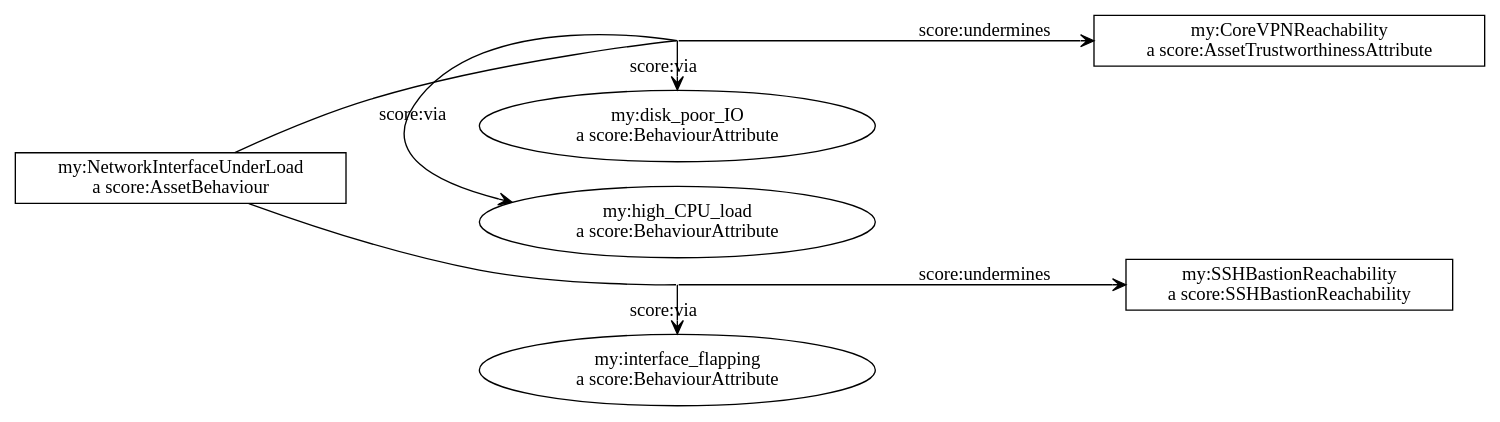
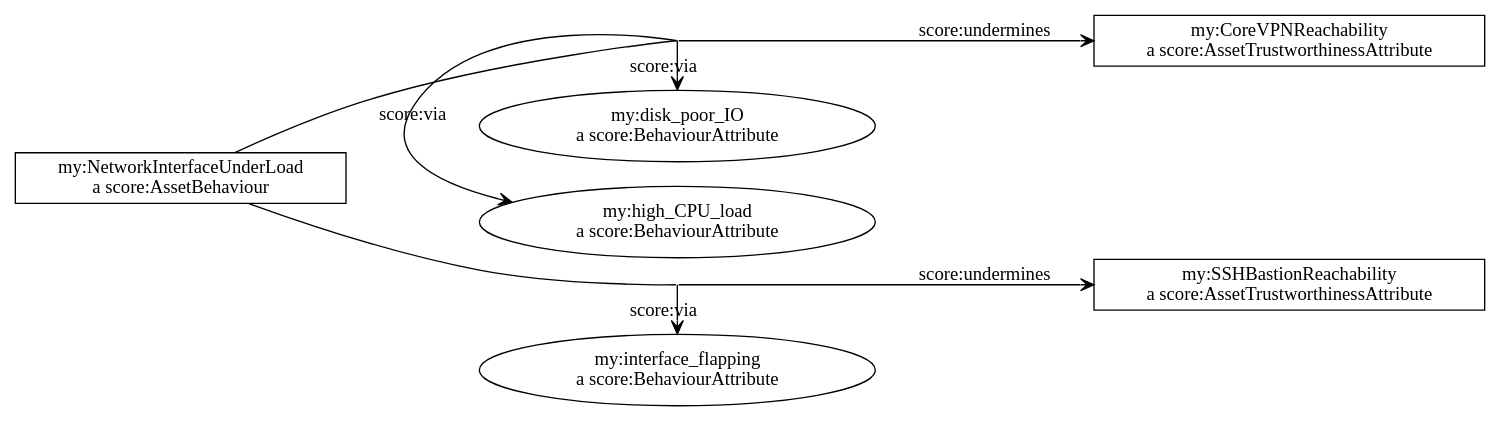
The diagram in ontology/attrs-2.gv (Spyderisk/ontopublish), drawn with Graphviz before and after one commit. The commit also changed 2 other files, not shown here.

Commit message:
Correct incorrect RDF type in second behaviour attributes diagram

```diff
--- a/ontology/attrs-2.gv
+++ b/ontology/attrs-2.gv
@@ -1,38 +1,38 @@
 digraph DemoBehaviours {
   rankdir="LR"
   node [shape=box]
   edge[arrowhead=open]
 
   // define nodes
   NetworkInterfaceUnderLoad [label="my:NetworkInterfaceUnderLoad\na score:AssetBehaviour"]
   CoreVPNReachability [label="my:CoreVPNReachability\na score:AssetTrustworthinessAttribute"]
-  SSHBastionReachability [label="my:SSHBastionReachability\na score:SSHBastionReachability"]
+  SSHBastionReachability [label="my:SSHBastionReachability\na score:AssetTrustworthinessAttribute"]
 
   // define initial virtual node (point to attribute the edge)
   edge [dir=none]
   invis1 [shape=point style=invis]
   invis2 [shape=point style=invis]
 
   // create edges pointing to the virtual points 
   NetworkInterfaceUnderLoad -> invis1 [headclip=false]
   NetworkInterfaceUnderLoad -> invis2 [headclip=false]
 
   // join up virtual nodes
   edge [dir=forward]
   invis1 -> CoreVPNReachability [label="score:undermines" tailclip=false]
   invis2 -> SSHBastionReachability [label="score:undermines" tailclip=false]
 
   // add attributes
   node [shape=oval] {
     rank=same
     high_CPU_load [label="my:high_CPU_load\na score:BehaviourAttribute"]
     disk_poor_IO [label="my:disk_poor_IO\na score:BehaviourAttribute"]
     invis1 -> high_CPU_load [label="score:via" tailclip=false]
     invis1 -> disk_poor_IO [label="score:via" tailclip=false]
   }
   node [shape=oval] {
     rank=same
     if_flap [label="my:interface_flapping\na score:BehaviourAttribute"]
     invis2 -> if_flap [label="score:via" tailclip=false]
   }
 }
```
